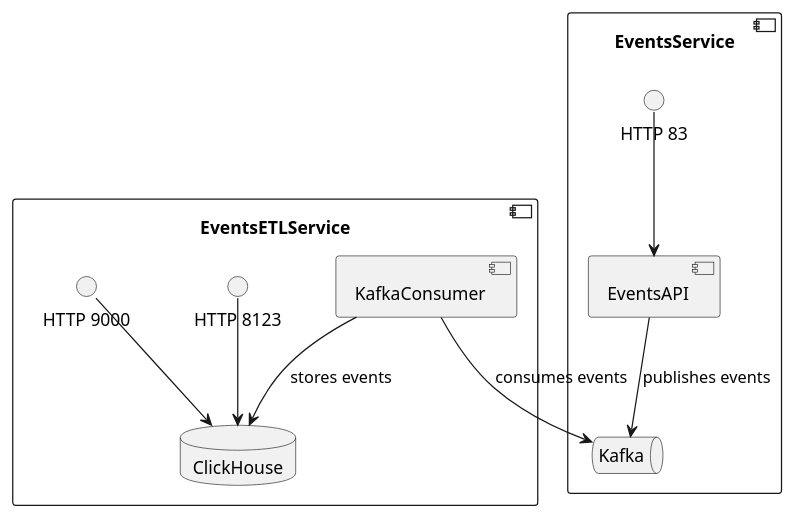
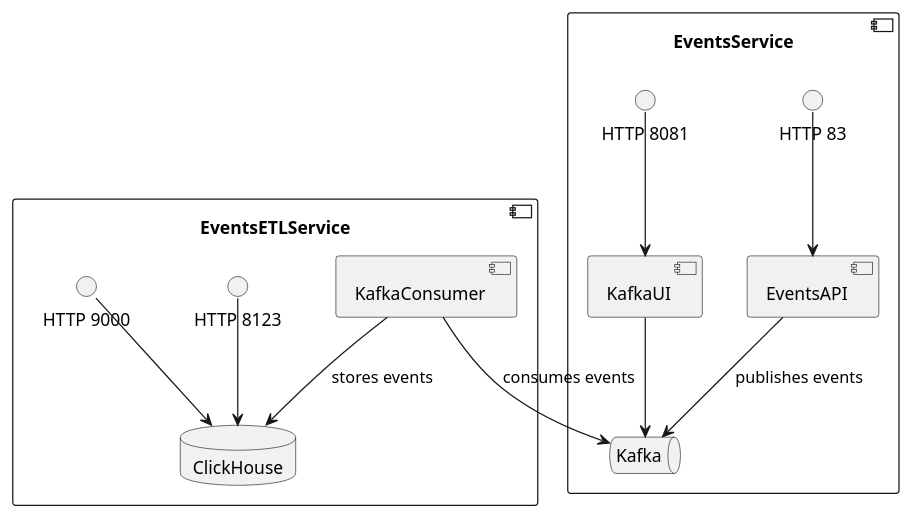
The diagram in docs/diagrams/src/ContainerDiagramToBe.plantuml (evteevakb/online-cinema), drawn with PlantUML before and after one commit. The commit also changed 1 other file, not shown here.

Commit message:
Add Kafka UI

```diff
--- a/docs/diagrams/src/ContainerDiagramToBe.plantuml
+++ b/docs/diagrams/src/ContainerDiagramToBe.plantuml
@@ -1,24 +1,28 @@
 @startuml ContainerDiagramToBe
 skinparam componentStyle uml2
 
 component "EventsService" {
     [EventsAPI]
+    [KafkaUI]
     queue Kafka
     interface "HTTP 83" as CollectorPort
+    interface "HTTP 8081" as KafkaUIPort
 }
 
 component "EventsETLService" {
     [KafkaConsumer]
     database ClickHouse
     interface "HTTP 8123" as ClickHouseHTTPPort
     interface "HTTP 9000" as ClickHouseClientPort
 }
 
 [EventsAPI] --> Kafka : publishes events
+[KafkaUI] --> Kafka
 [KafkaConsumer] --> Kafka : consumes events
 [KafkaConsumer] --> ClickHouse : stores events
 CollectorPort --> [EventsAPI]
+KafkaUIPort --> [KafkaUI]
 ClickHouseHTTPPort --> ClickHouse
 ClickHouseClientPort --> ClickHouse
 
 @enduml
```
